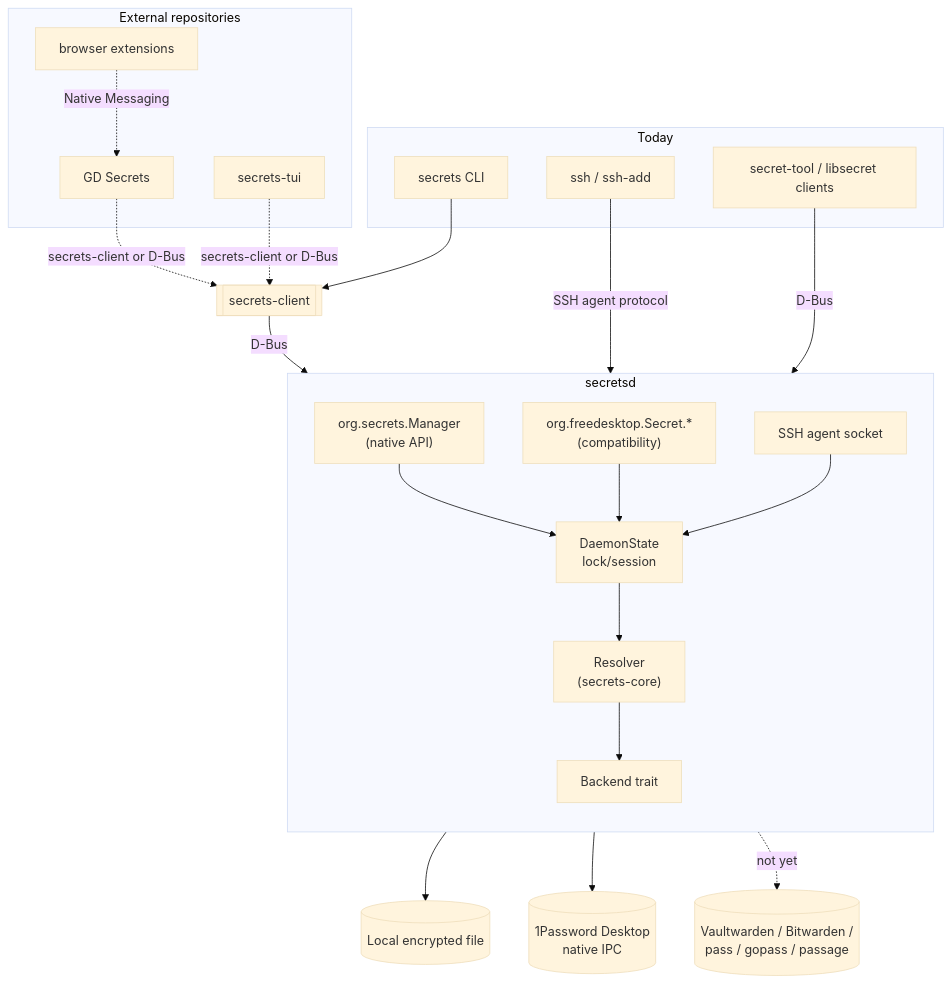
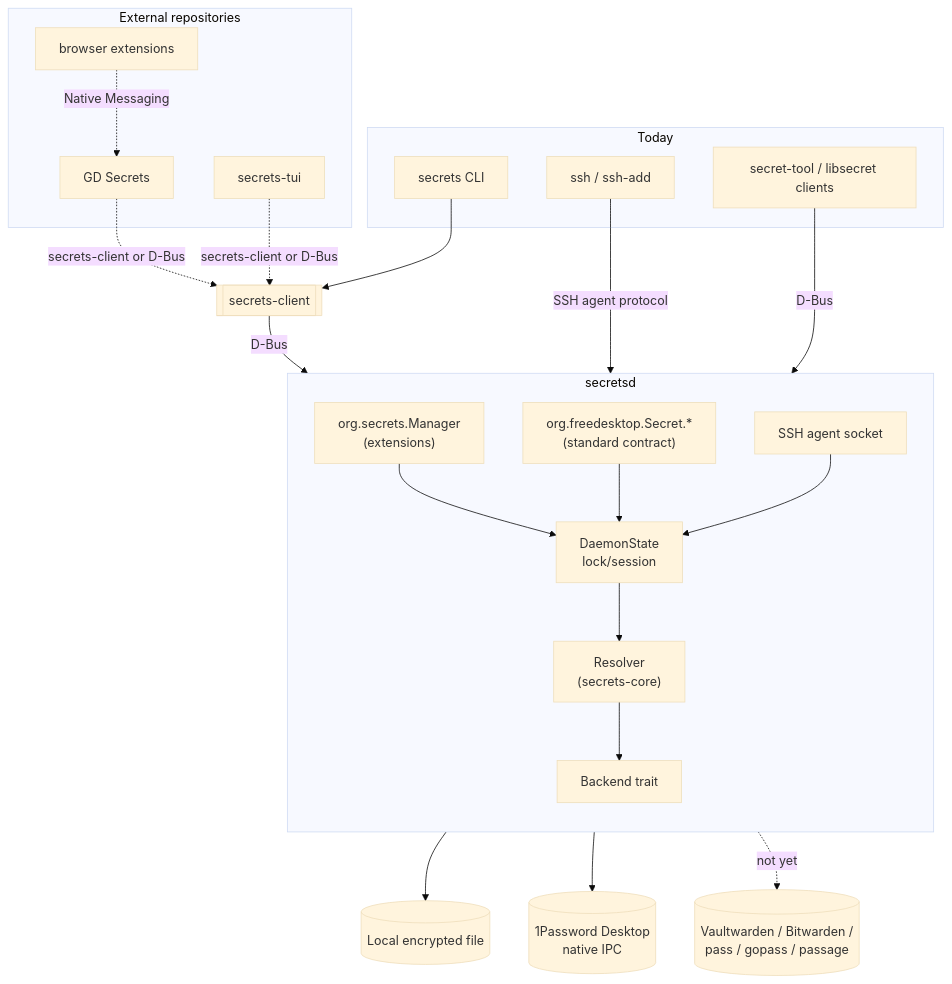
The diagram in docs/architecture/overview.md (noirbizarre/secrets), drawn with Mermaid (base theme) before and after one commit. The commit also changed other lines of this file and 10 other files, not shown here.

````diff
--- a/docs/architecture/overview.md
+++ b/docs/architecture/overview.md
@@ -9,47 +9,47 @@
 ```mermaid
 flowchart TB
     subgraph Today
         cli[secrets CLI]
         ssh[ssh / ssh-add]
         st[secret-tool / libsecret clients]
     end
 
     subgraph ext["External repositories"]
         gtk["GD Secrets"]
         tui[secrets-tui]
         browser[browser extensions]
     end
 
     client[[secrets-client]]
 
     subgraph secretsd
         direction TB
-        manager["org.secrets.Manager\n(native API)"]
-        ss["org.freedesktop.Secret.*\n(compatibility)"]
+        ss["org.freedesktop.Secret.*\n(standard contract)"]
+        manager["org.secrets.Manager\n(extensions)"]
         agent[SSH agent socket]
         state[DaemonState\nlock/session]
         resolver["Resolver<br/>(secrets-core)"]
         backend[Backend trait]
     end
 
     local[(Local encrypted file)]
     onepassword[(1Password Desktop<br/>native IPC)]
     future[(Vaultwarden / Bitwarden /<br/>pass / gopass / passage)]
 
     cli --> client
     gtk -. secrets-client or D-Bus .-> client
     tui -. secrets-client or D-Bus .-> client
     browser -. Native Messaging .-> gtk
     client -- D-Bus --> manager
     ssh -- SSH agent protocol --> agent
     st -- D-Bus --> ss
 
     manager --> state
     ss --> state
     agent --> state
     state --> resolver
     resolver --> backend
     backend --> local
     backend --> onepassword
     backend -. not yet .-> future
 ```
````
